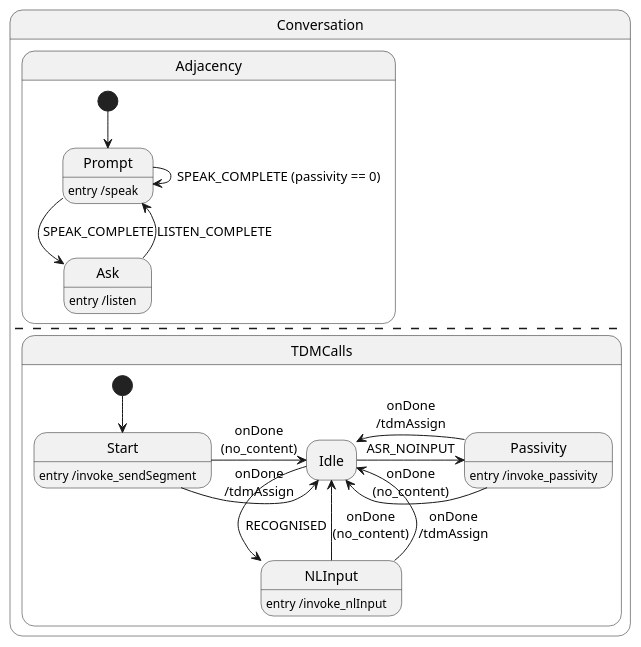
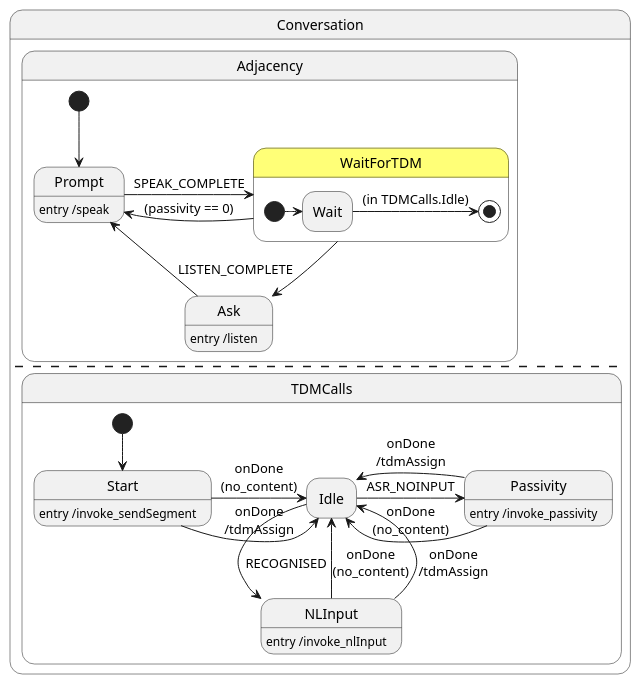
One commit to Talkamatic/tala-speech changed the second of 3 diagrams in README.org. Above: the diagram before and after it, drawn with PlantUML. The commit also changed other lines of this file and 4 other files, not shown here.

Commit message:
Always wait for TDM response after SPEAK_COMPLETE

```diff
--- a/README.org
+++ b/README.org
@@ -76,29 +76,34 @@
 #+begin_src plantuml :results output replace :file docs/diagrams/conversation.svg :exports results
   hide empty description
   skinparam defaultFontName Helvetica
   state Conversation {
      state Adjacency {
        [*] --> Prompt
        Prompt: entry /speak
        Ask: entry /listen
-       Prompt --> Ask: SPEAK_COMPLETE
-       Prompt --> Prompt: SPEAK_COMPLETE (passivity == 0)
        Ask --> Prompt: LISTEN_COMPLETE
+       state WaitForTDM #FFFF77 {
+          [*] -> Wait
+          Wait -> [*]: (in TDMCalls.Idle)
+       }
+       Prompt -r-> WaitForTDM: SPEAK_COMPLETE
+       WaitForTDM -> Ask 
+       WaitForTDM -l-> Prompt: (passivity == 0)
      }
      --
      state TDMCalls {
         [*] --> Start
         Start: entry /invoke_sendSegment
         Start -> Idle: onDone\n(no_content)
         Start -> Idle: onDone\n/tdmAssign
         Idle --> NLInput: RECOGNISED
         Idle -> Passivity: ASR_NOINPUT
         NLInput: entry /invoke_nlInput
         NLInput -> Idle: onDone\n(no_content)
         NLInput -> Idle: onDone\n/tdmAssign
         Passivity: entry /invoke_passivity
         Passivity -> Idle: onDone\n(no_content)
         Passivity -> Idle: onDone\n/tdmAssign
      }
   }
 #+end_src
```
